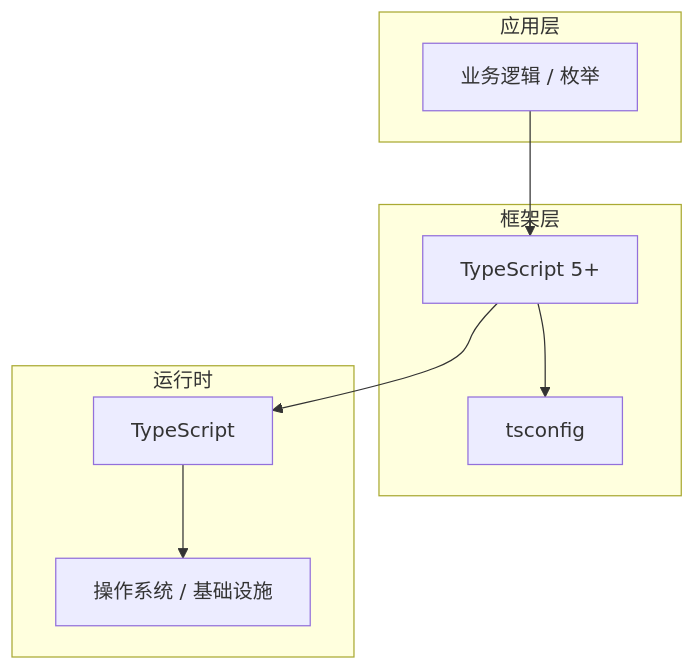
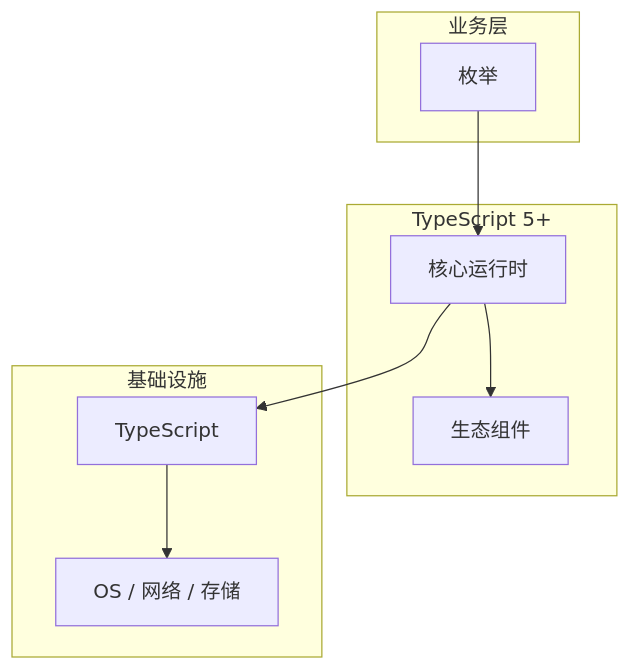
The diagram in articles/TypeScript/chapters/036-枚举核心概念与原理.md (yanggan2015/knowledge-json-v2), drawn with Mermaid before and after one commit. The commit also changed other lines of this file and 10127 other files, not shown here.

````diff
--- a/articles/TypeScript/chapters/036-枚举核心概念与原理.md
+++ b/articles/TypeScript/chapters/036-枚举核心概念与原理.md
@@ -45,18 +34,18 @@
 ```mermaid
 graph TB
-    subgraph 应用层
-        A[业务逻辑 / 枚举]
+    subgraph 业务层
+        A[枚举]
     end
-    subgraph 框架层
-        B[TypeScript 5+]
-        C[tsconfig]
+    subgraph TypeScript 5+
+        B[核心运行时]
+        C[生态组件]
     end
-    subgraph 运行时
+    subgraph 基础设施
         D[TypeScript]
-        E[操作系统 / 基础设施]
+        E[OS / 网络 / 存储]
     end
     A --> B
     B --> C
     B --> D
     D --> E
 ```
````
